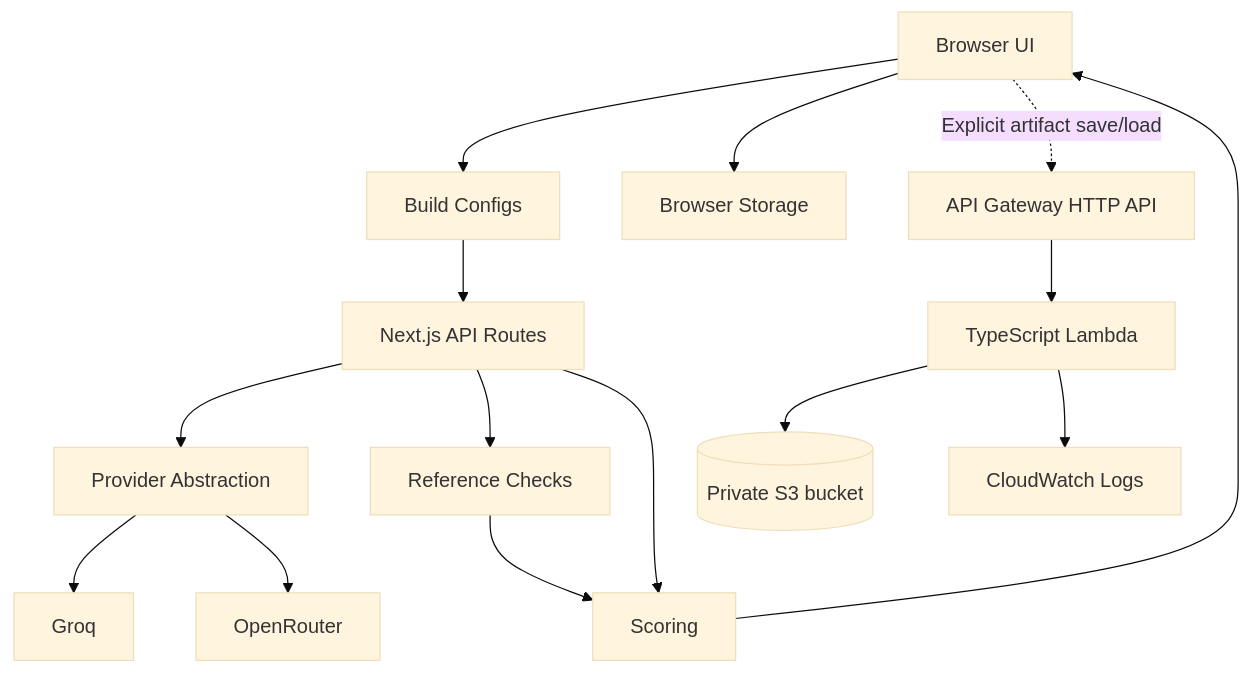
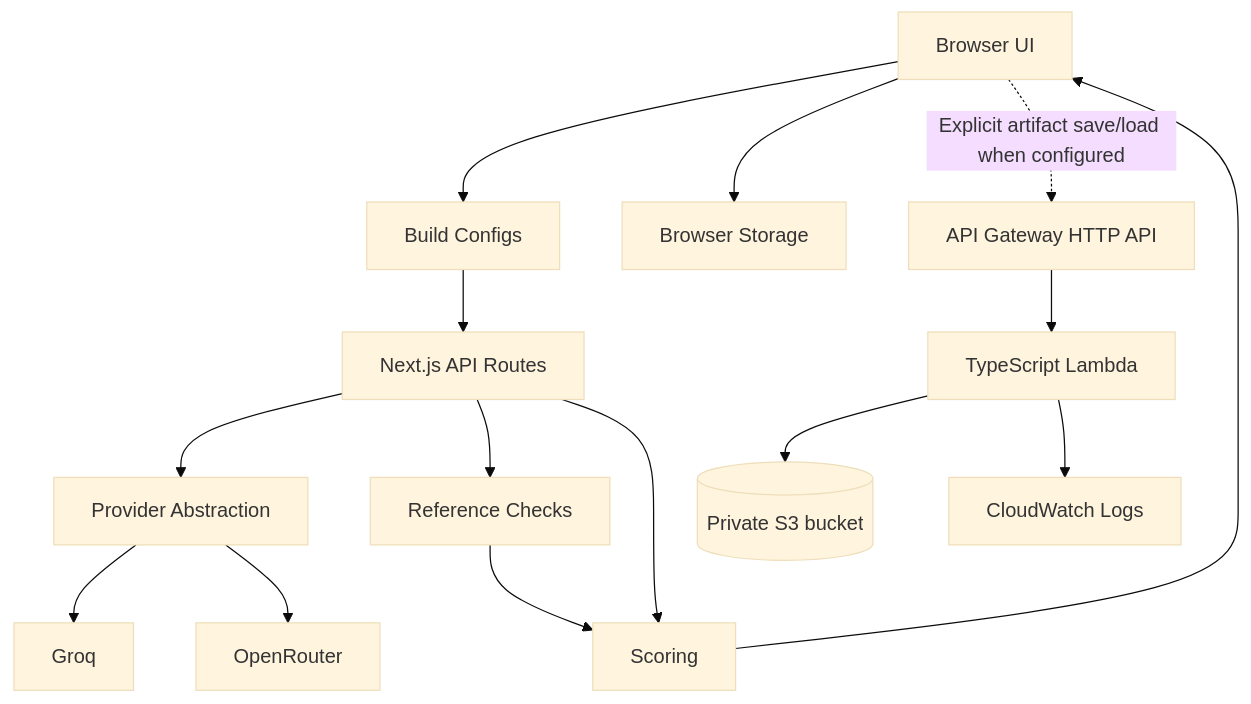
Before and after one commit to omaewamoushindei/llm-workflow-benchmark-lab: the first of 2 diagrams in docs/ARCHITECTURE.md, drawn with Mermaid (base theme). The commit also changed other lines of this file and 3 other files, not shown here.

````diff
--- a/docs/ARCHITECTURE.md
+++ b/docs/ARCHITECTURE.md
@@ -7,17 +7,17 @@
 ```mermaid
 flowchart TD
   UI[Browser UI] --> Configs[Build Configs]
   Configs --> Routes[Next.js API Routes]
   Routes --> Providers[Provider Abstraction]
   Providers --> Groq[Groq]
   Providers --> OpenRouter[OpenRouter]
   Routes --> Reference[Reference Checks]
   Routes --> Scoring[Scoring]
   Reference --> Scoring
   Scoring --> UI
   UI --> Storage[Browser Storage]
-  UI -. Explicit artifact save/load .-> Gateway[API Gateway HTTP API]
+  UI -. Explicit artifact save/load when configured .-> Gateway[API Gateway HTTP API]
   Gateway --> Lambda[TypeScript Lambda]
   Lambda --> S3[(Private S3 bucket)]
   Lambda --> Logs[CloudWatch Logs]
 ```
````
